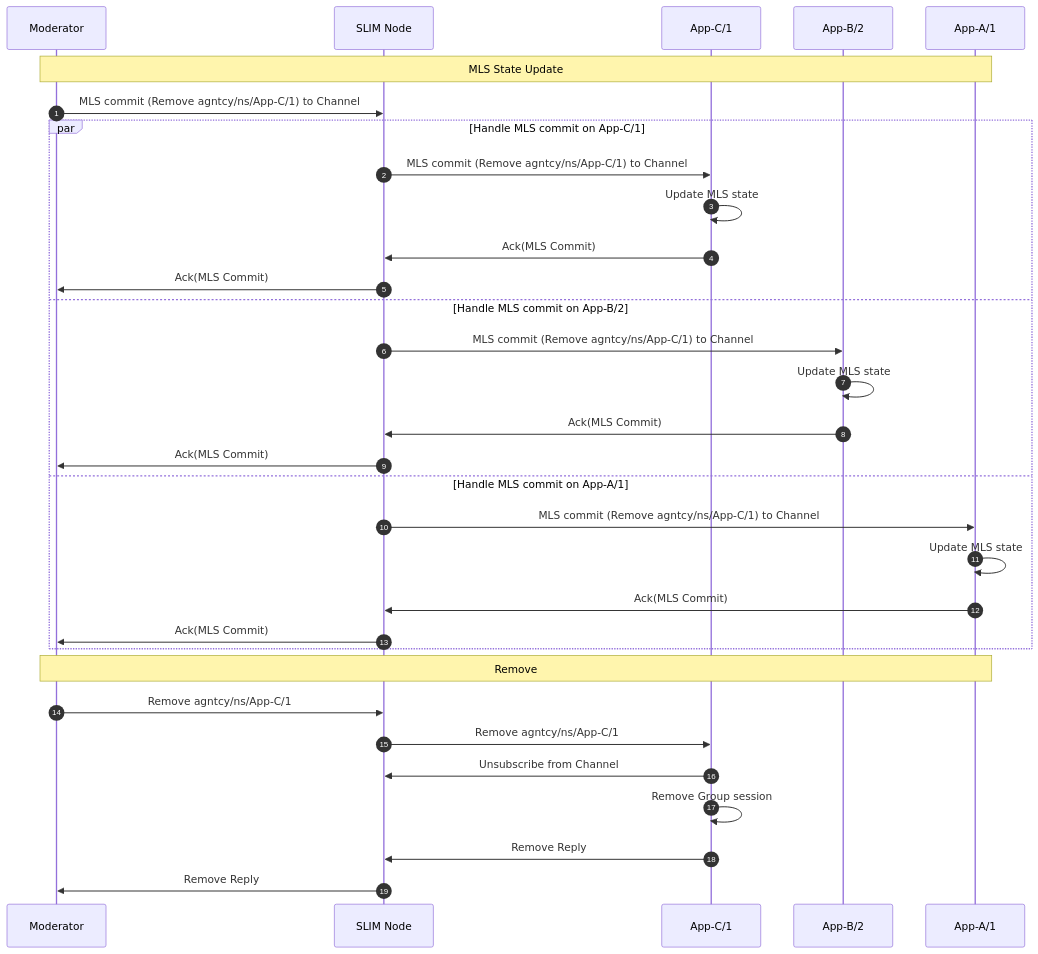
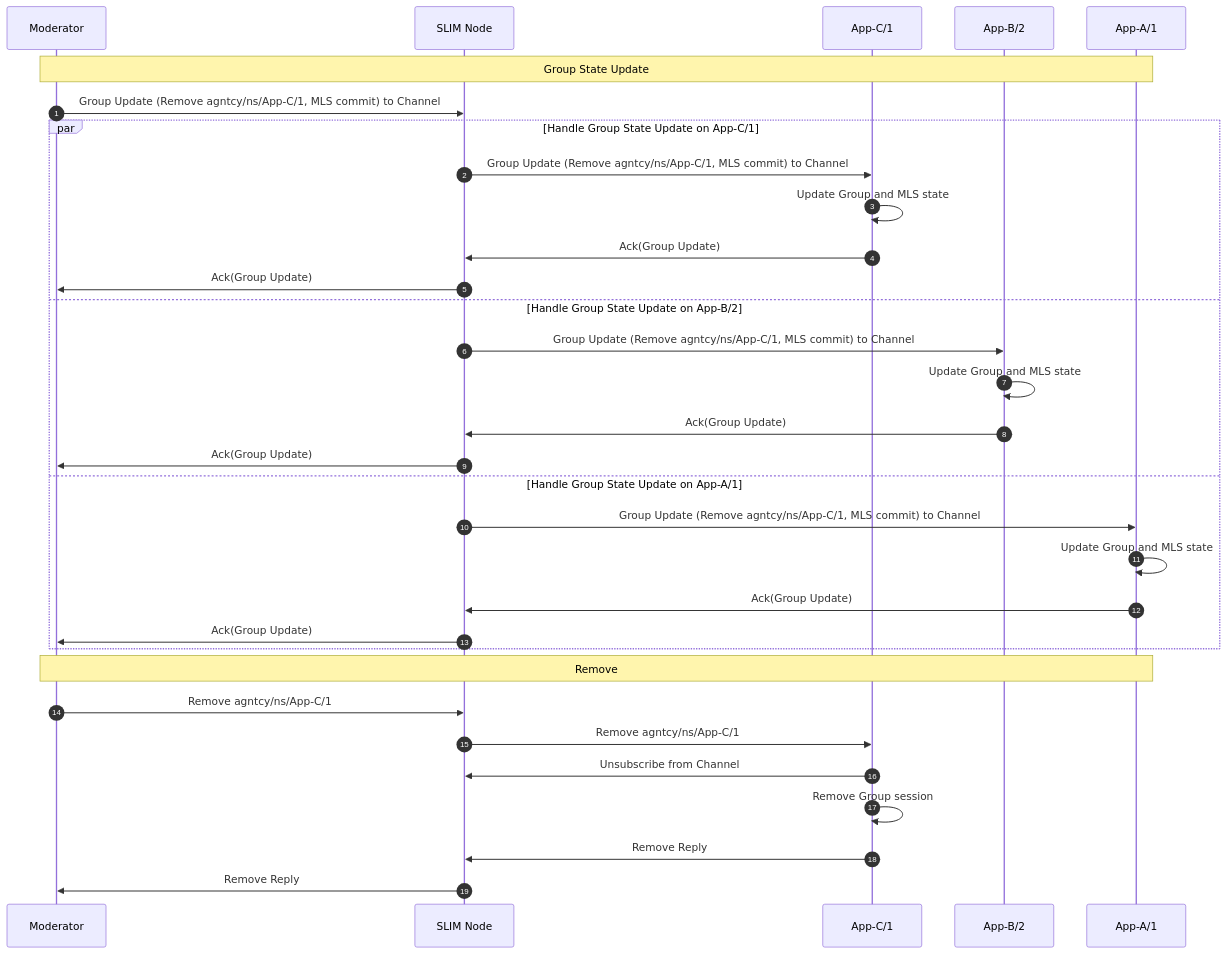
One commit to agntcy/docs changed the third of 3 diagrams in docs/messaging/slim-session.md. Above: the diagram before and after it, drawn with Mermaid. The commit also changed other lines of this file and 6 other files, not shown here.

````diff
--- a/docs/messaging/slim-session.md
+++ b/docs/messaging/slim-session.md
@@ -303,37 +328,37 @@
 ```mermaid
 sequenceDiagram
     autonumber
 
     participant Moderator
     participant SLIM Node
     participant App-C/1
     participant App-B/2
     participant App-A/1
 
-    Note over Moderator,App-A/1: MLS State Update
-    Moderator->>SLIM Node: MLS commit (Remove agntcy/ns/App-C/1) to Channel
-    par Handle MLS commit on App-C/1
-        SLIM Node->>App-C/1: MLS commit (Remove agntcy/ns/App-C/1) to Channel
-        App-C/1->>App-C/1: Update MLS state
-        App-C/1->>SLIM Node: Ack(MLS Commit)
-        SLIM Node->>Moderator: Ack(MLS Commit)
-    and Handle MLS commit on App-B/2
-        SLIM Node->>App-B/2: MLS commit (Remove agntcy/ns/App-C/1) to Channel
-        App-B/2->>App-B/2: Update MLS state
-        App-B/2->>SLIM Node: Ack(MLS Commit)
-        SLIM Node->>Moderator: Ack(MLS Commit)
-    and Handle MLS commit on App-A/1
-        SLIM Node->>App-A/1: MLS commit (Remove agntcy/ns/App-C/1) to Channel
-        App-A/1->>App-A/1: Update MLS state
-        App-A/1->>SLIM Node: Ack(MLS Commit)
-        SLIM Node->>Moderator: Ack(MLS Commit)
+    Note over Moderator,App-A/1: Group State Update
+    Moderator->>SLIM Node: Group Update (Remove agntcy/ns/App-C/1, MLS commit) to Channel
+    par Handle Group State Update on App-C/1
+        SLIM Node->>App-C/1: Group Update (Remove agntcy/ns/App-C/1, MLS commit) to Channel
+        App-C/1->>App-C/1: Update Group and MLS state
+        App-C/1->>SLIM Node: Ack(Group Update)
+        SLIM Node->>Moderator: Ack(Group Update)
+    and Handle Group State Update on App-B/2
+        SLIM Node->>App-B/2: Group Update (Remove agntcy/ns/App-C/1, MLS commit) to Channel
+        App-B/2->>App-B/2: Update Group and MLS state
+        App-B/2->>SLIM Node: Ack(Group Update)
+        SLIM Node->>Moderator: Ack(Group Update)
+    and Handle Group State Update on App-A/1
+        SLIM Node->>App-A/1: Group Update (Remove agntcy/ns/App-C/1, MLS commit) to Channel
+        App-A/1->>App-A/1: Update Group and MLS state
+        App-A/1->>SLIM Node: Ack(Group Update)
+        SLIM Node->>Moderator: Ack(Group Update)
     end
 
     Note over Moderator,App-A/1: Remove
     Moderator->>SLIM Node: Remove agntcy/ns/App-C/1
     SLIM Node->>App-C/1: Remove agntcy/ns/App-C/1
     App-C/1->>SLIM Node: Unsubscribe from Channel
     App-C/1->>App-C/1: Remove Group session
     App-C/1->>SLIM Node: Remove Reply
     SLIM Node->>Moderator: Remove Reply
 ```
````
